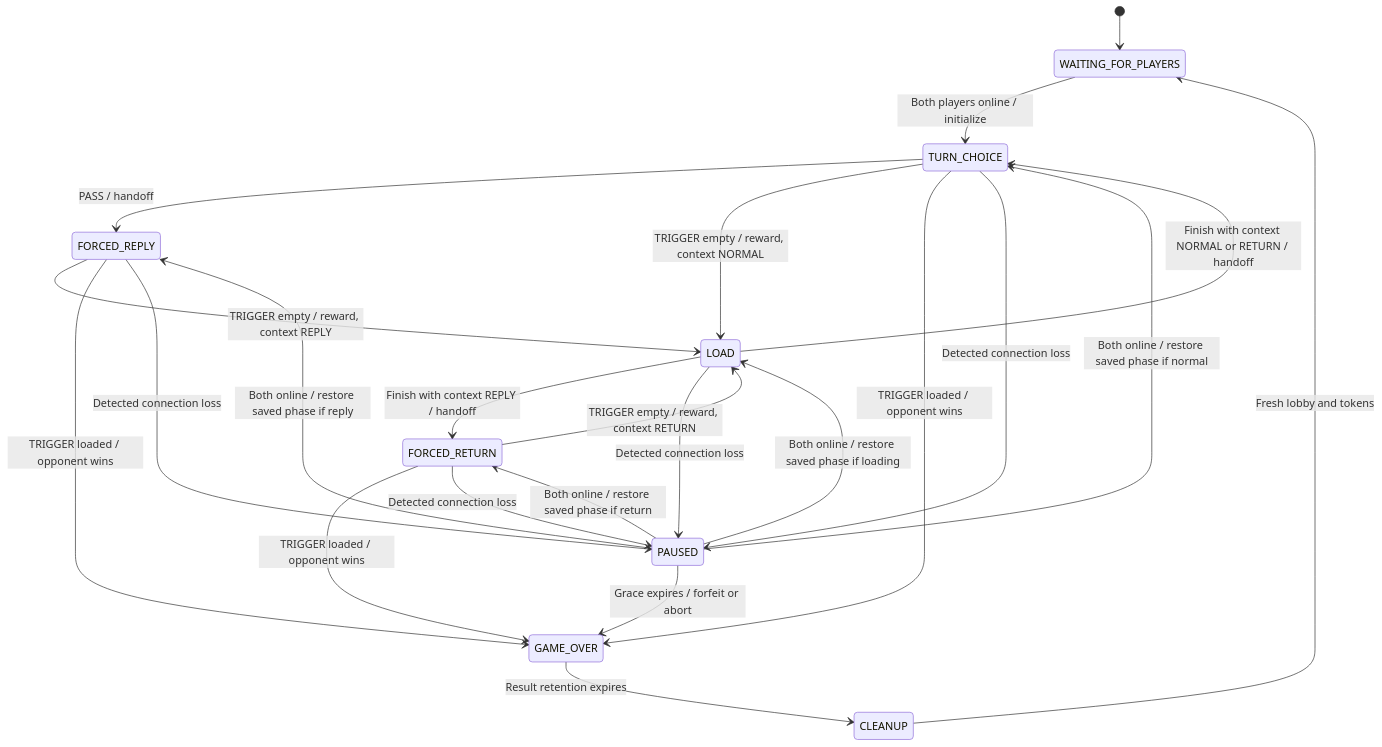
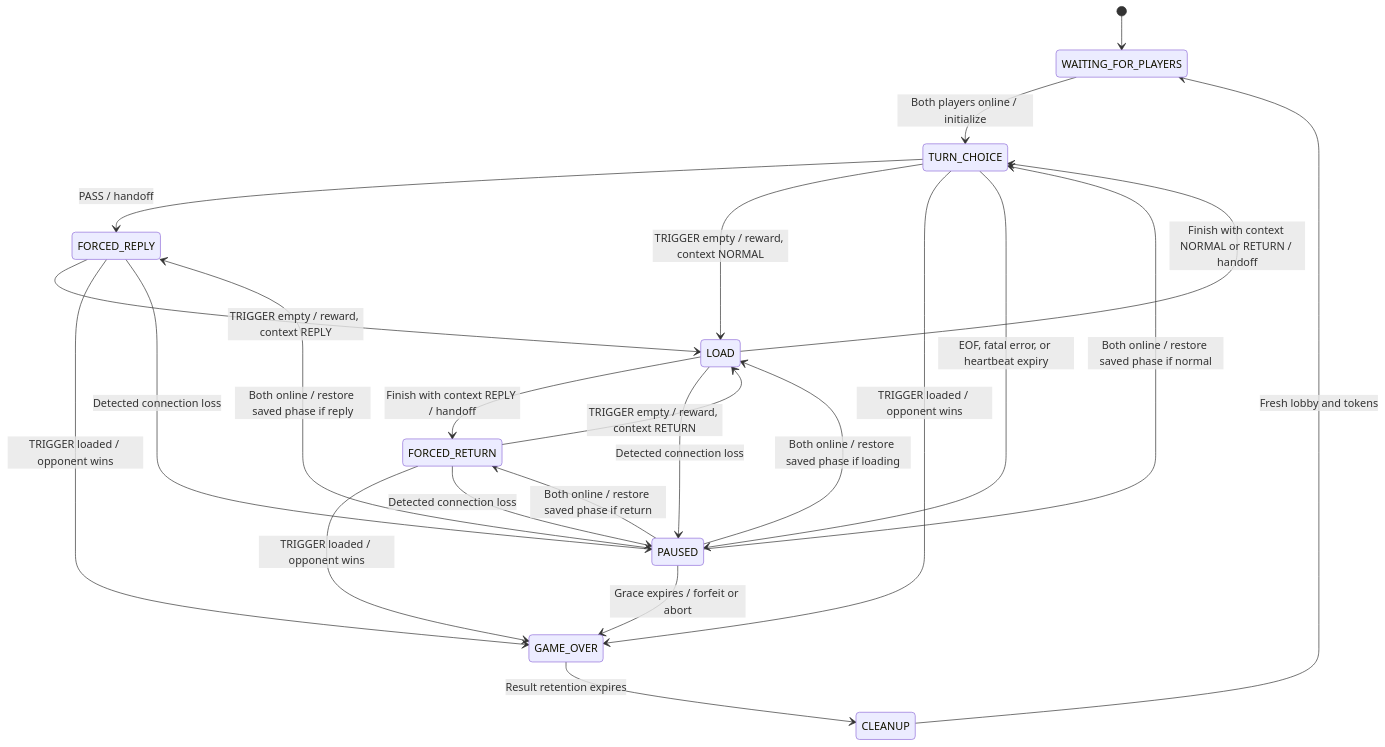
One commit to cobaltstag/Term-Project changed the diagram in fsm_specificaiton.md. Above: the diagram before and after it, drawn with Mermaid. The commit also changed other lines of this file and 1 other file, not shown here.

````diff
--- a/fsm_specificaiton.md
+++ b/fsm_specificaiton.md
@@ -34,26 +35,26 @@
 ```mermaid
 stateDiagram-v2
     direction TB
     [*] --> WAITING_FOR_PLAYERS
     WAITING_FOR_PLAYERS --> TURN_CHOICE: Both players online / initialize
     TURN_CHOICE --> FORCED_REPLY: PASS / handoff
     TURN_CHOICE --> LOAD: TRIGGER empty / reward, context NORMAL
     FORCED_REPLY --> LOAD: TRIGGER empty / reward, context REPLY
     FORCED_RETURN --> LOAD: TRIGGER empty / reward, context RETURN
     LOAD --> FORCED_RETURN: Finish with context REPLY / handoff
     LOAD --> TURN_CHOICE: Finish with context NORMAL or RETURN / handoff
     TURN_CHOICE --> GAME_OVER: TRIGGER loaded / opponent wins
     FORCED_REPLY --> GAME_OVER: TRIGGER loaded / opponent wins
     FORCED_RETURN --> GAME_OVER: TRIGGER loaded / opponent wins
-    TURN_CHOICE --> PAUSED: Detected connection loss
+    TURN_CHOICE --> PAUSED: EOF, fatal error, or heartbeat expiry
     FORCED_REPLY --> PAUSED: Detected connection loss
     FORCED_RETURN --> PAUSED: Detected connection loss
     LOAD --> PAUSED: Detected connection loss
     PAUSED --> TURN_CHOICE: Both online / restore saved phase if normal
     PAUSED --> FORCED_REPLY: Both online / restore saved phase if reply
     PAUSED --> FORCED_RETURN: Both online / restore saved phase if return
     PAUSED --> LOAD: Both online / restore saved phase if loading
     PAUSED --> GAME_OVER: Grace expires / forfeit or abort
     GAME_OVER --> CLEANUP: Result retention expires
     CLEANUP --> WAITING_FOR_PLAYERS: Fresh lobby and tokens
 ```
````
